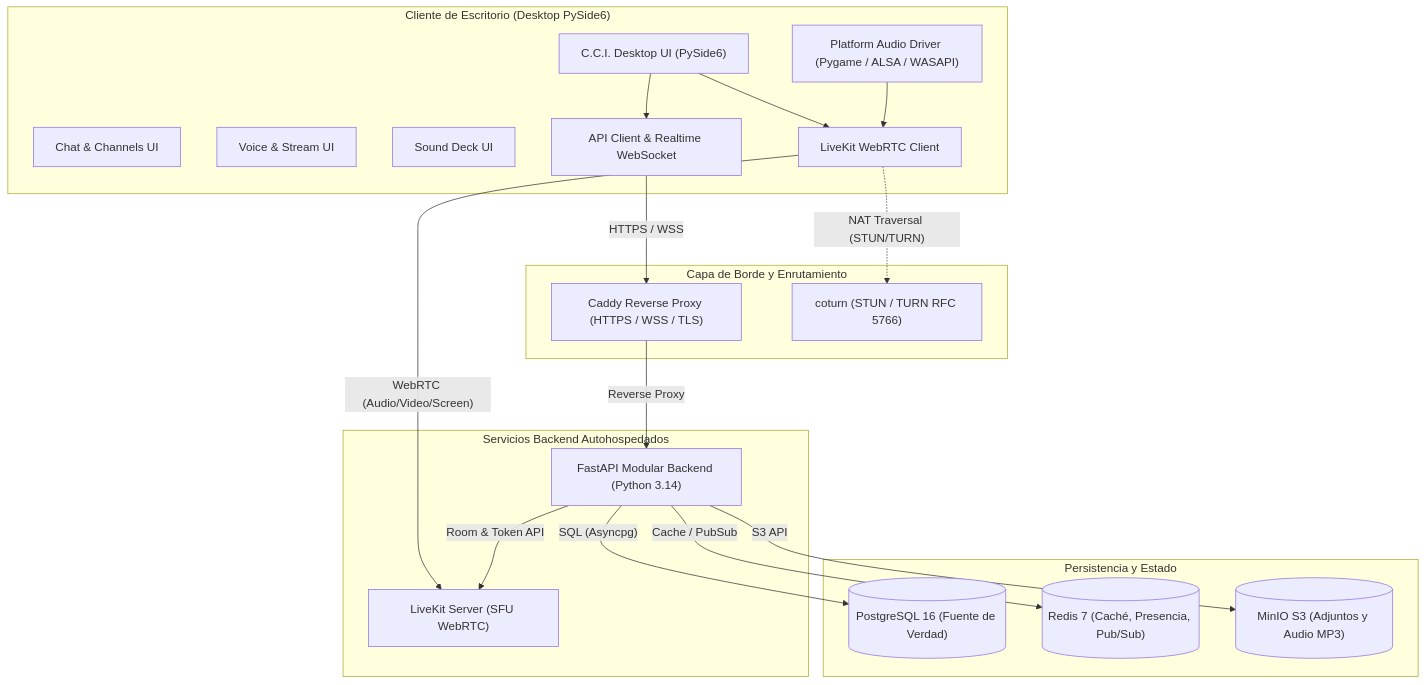
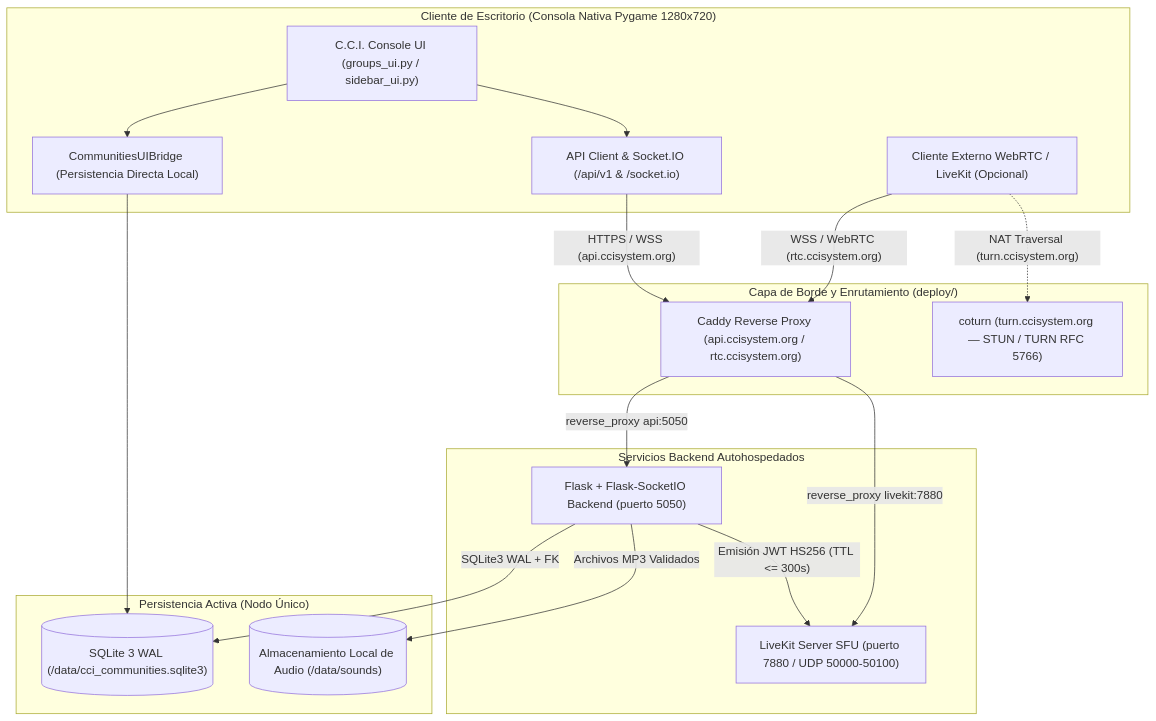
Before and after one commit to Camila-Ianni/C.C.I-SYSTEM: the first of 3 diagrams in documentacion/communities/FASE0_DISENO_Y_ARQUITECTURA.md, drawn with Mermaid. The commit also changed other lines of this file and 12 other files, not shown here.

Commit message:
fix(communities): complete Phase 0.2 pre-merge stabilization (Caddy 5050, secret validation, stream adapter, canonical domains, SQLite-only stack)

````diff
--- a/documentacion/communities/FASE0_DISENO_Y_ARQUITECTURA.md
+++ b/documentacion/communities/FASE0_DISENO_Y_ARQUITECTURA.md
@@ -32,42 +32,37 @@
 ```mermaid
 flowchart TD
-    subgraph ClientLayer["Cliente de Escritorio (Desktop PySide6)"]
-        UI["C.C.I. Desktop UI (PySide6)"]
-        ChatUI["Chat & Channels UI"]
-        VoiceUI["Voice & Stream UI"]
-        SoundUI["Sound Deck UI"]
-        AudioDrv["Platform Audio Driver (Pygame / ALSA / WASAPI)"]
-        ClientCore["API Client & Realtime WebSocket"]
-        LiveKitClient["LiveKit WebRTC Client"]
+    subgraph ClientLayer["Cliente de Escritorio (Consola Nativa Pygame 1280x720)"]
+        UI["C.C.I. Console UI (groups_ui.py / sidebar_ui.py)"]
+        UIBridge["CommunitiesUIBridge (Persistencia Directa Local)"]
+        ClientCore["API Client & Socket.IO (/api/v1 & /socket.io)"]
+        LiveKitClient["Cliente Externo WebRTC / LiveKit (Opcional)"]
     end
 
-    subgraph EdgeLayer["Capa de Borde y Enrutamiento"]
-        Caddy["Caddy Reverse Proxy (HTTPS / WSS / TLS)"]
-        Coturn["coturn (STUN / TURN RFC 5766)"]
+    subgraph EdgeLayer["Capa de Borde y Enrutamiento (deploy/)"]
+        Caddy["Caddy Reverse Proxy (api.ccisystem.org / rtc.ccisystem.org)"]
+        Coturn["coturn (turn.ccisystem.org — STUN / TURN RFC 5766)"]
     end
 
     subgraph ServiceLayer["Servicios Backend Autohospedados"]
-        FastAPI["FastAPI Modular Backend (Python 3.14)"]
-        LiveKitSFU["LiveKit Server (SFU WebRTC)"]
+        FlaskAPI["Flask + Flask-SocketIO Backend (puerto 5050)"]
+        LiveKitSFU["LiveKit Server SFU (puerto 7880 / UDP 50000-50100)"]
     end
 
-    subgraph StorageLayer["Persistencia y Estado"]
-        PG[("PostgreSQL 16 (Fuente de Verdad)")]
-        Redis[("Redis 7 (Caché, Presencia, Pub/Sub)")]
-        MinIO[("MinIO S3 (Adjuntos y Audio MP3)")]
+    subgraph StorageLayer["Persistencia Activa (Nodo Único)"]
+        SQLite[("SQLite 3 WAL (/data/cci_communities.sqlite3)")]
+        SoundFS[("Almacenamiento Local de Audio (/data/sounds)")]
     end
 
+    UI --> UIBridge
+    UIBridge --> SQLite
     UI --> ClientCore
-    UI --> LiveKitClient
-    AudioDrv --> LiveKitClient
+    ClientCore -- "HTTPS / WSS (api.ccisystem.org)" --> Caddy
+    LiveKitClient -- "WSS / WebRTC (rtc.ccisystem.org)" --> Caddy
+    LiveKitClient -. "NAT Traversal (turn.ccisystem.org)" .-> Coturn
 
-    ClientCore -- "HTTPS / WSS" --> Caddy
-    LiveKitClient -- "WebRTC (Audio/Video/Screen)" --> LiveKitSFU
-    LiveKitClient -. "NAT Traversal (STUN/TURN)" .-> Coturn
-
-    Caddy -- "Reverse Proxy" --> FastAPI
-    FastAPI -- "SQL (Asyncpg)" --> PG
-    FastAPI -- "Cache / PubSub" --> Redis
-    FastAPI -- "Room & Token API" --> LiveKitSFU
-    FastAPI -- "S3 API" --> MinIO
+    Caddy -- "reverse_proxy api:5050" --> FlaskAPI
+    Caddy -- "reverse_proxy livekit:7880" --> LiveKitSFU
+    FlaskAPI -- "SQLite3 WAL + FK" --> SQLite
+    FlaskAPI -- "Archivos MP3 Validados" --> SoundFS
+    FlaskAPI -- "Emisión JWT HS256 (TTL <= 300s)" --> LiveKitSFU
 ```
````
